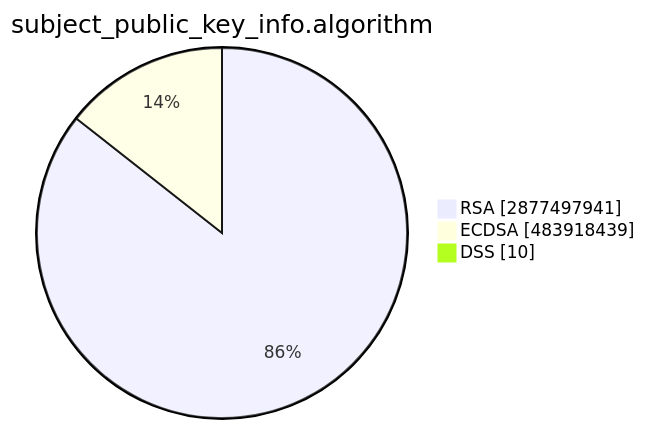
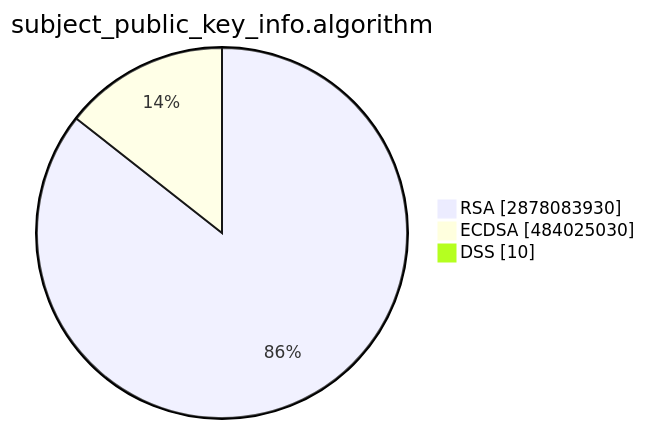
Before and after one commit to christiankrug/ctmonitor_visualization: the second of 15 diagrams in TOTAL/README.md, drawn with Mermaid. The commit also changed other lines of this file, not shown here.

````diff
--- a/TOTAL/README.md
+++ b/TOTAL/README.md
@@ -6,7 +6,7 @@
 ```mermaid
 pie showData
 title subject_public_key_info.algorithm
-"RSA" :2877497941
-"ECDSA" :483918439
+"RSA" :2878083930
+"ECDSA" :484025030
 "DSS" :10
 ```
````
